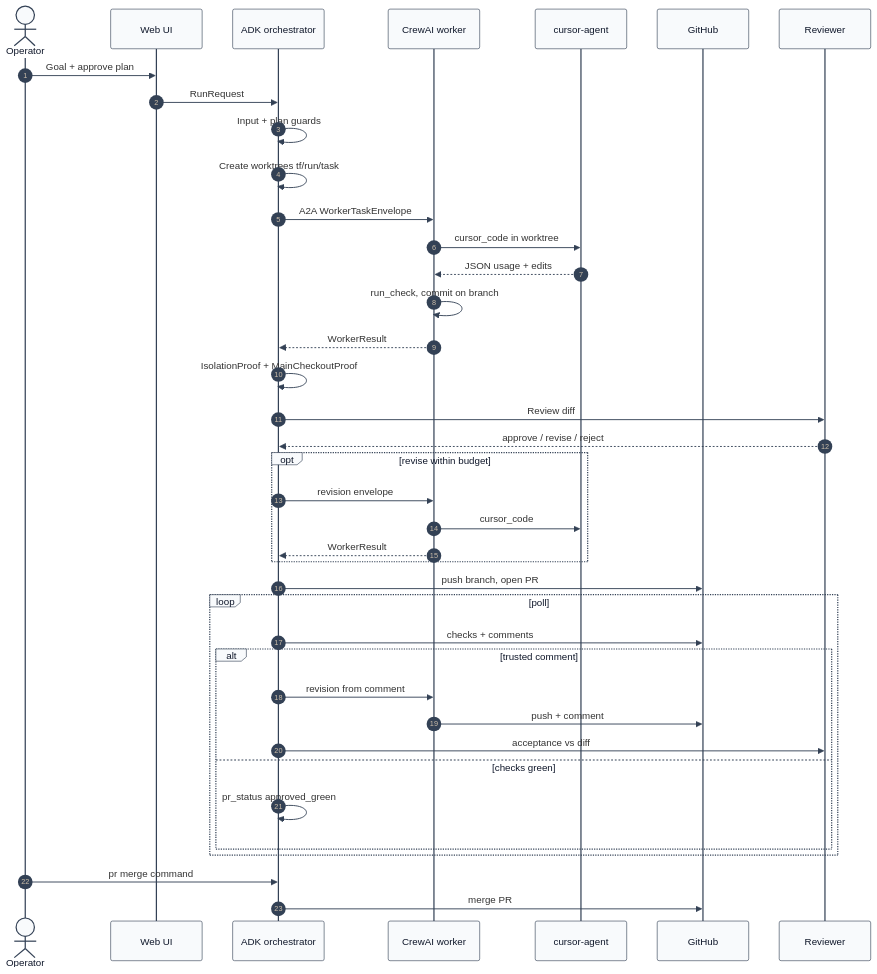
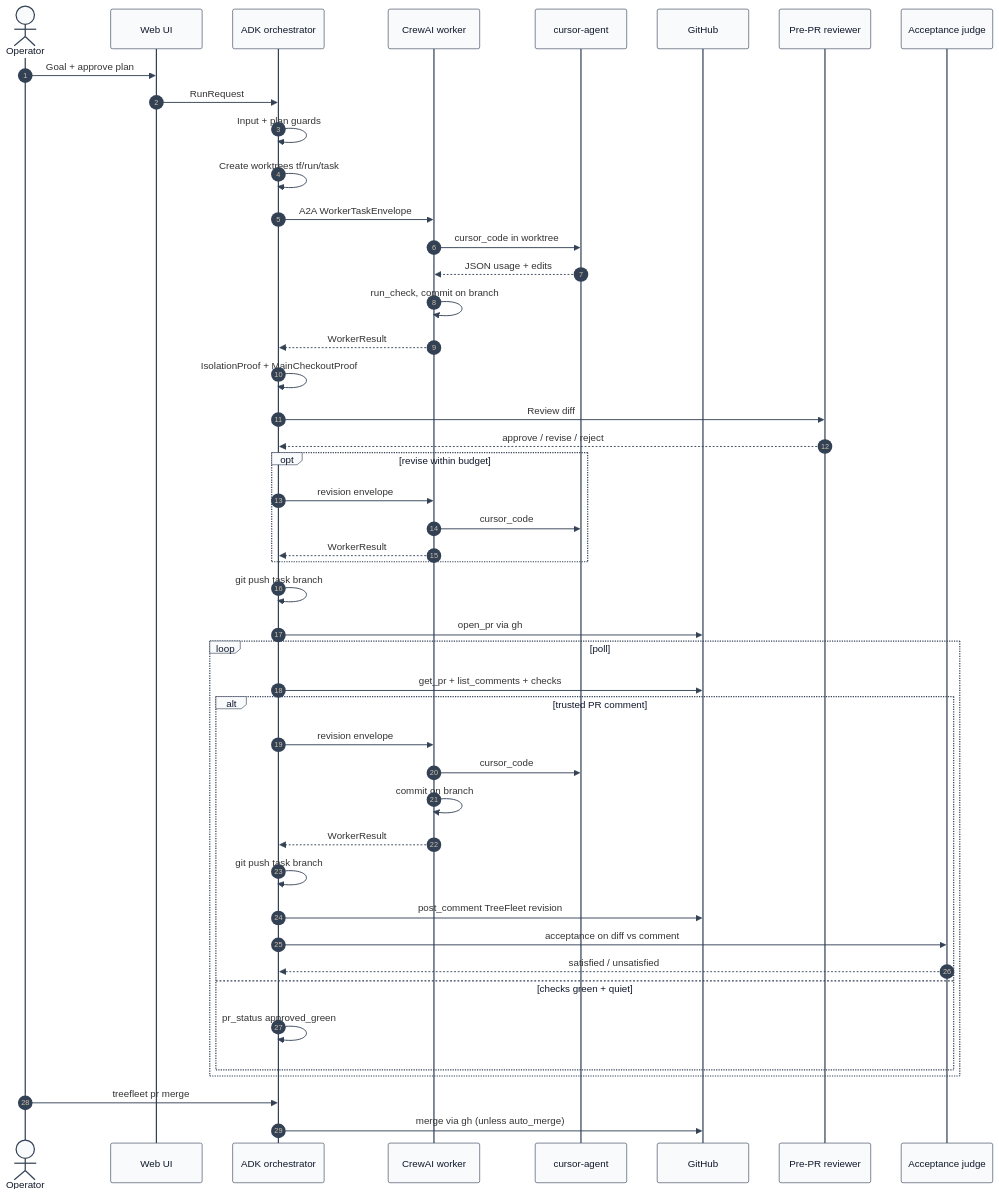
One commit to AmartyaKumar11/TreeFleet changed the diagram in docs/img/diagrams/sequence-run.mmd. Above: the diagram before and after it, drawn with Mermaid. The commit also changed 8 other files, not shown here.

```diff
--- a/docs/img/diagrams/sequence-run.mmd
+++ b/docs/img/diagrams/sequence-run.mmd
@@ -1,41 +1,48 @@
 %%{init: {'theme': 'base', 'themeVariables': {'background': '#ffffff', 'actorBkg': '#f8fafc', 'actorBorder': '#334155', 'actorTextColor': '#0f172a', 'signalColor': '#334155', 'lineColor': '#334155', 'labelBoxBkgColor': '#f8fafc', 'labelBoxBorderColor': '#334155', 'labelTextColor': '#0f172a', 'noteBkgColor': '#fef9c3', 'noteTextColor': '#0f172a', 'noteBorderColor': '#334155'}}}%%
 sequenceDiagram
   autonumber
   actor Op as Operator
   participant UI as Web UI
   participant Orch as ADK orchestrator
   participant W as CrewAI worker
   participant Cur as cursor-agent
   participant GH as GitHub
-  participant Rev as Reviewer
+  participant Rev as Pre-PR reviewer
+  participant Acc as Acceptance judge
 
   Op->>UI: Goal + approve plan
   UI->>Orch: RunRequest
   Orch->>Orch: Input + plan guards
   Orch->>Orch: Create worktrees tf/run/task
   Orch->>W: A2A WorkerTaskEnvelope
   W->>Cur: cursor_code in worktree
   Cur-->>W: JSON usage + edits
   W->>W: run_check, commit on branch
   W-->>Orch: WorkerResult
   Orch->>Orch: IsolationProof + MainCheckoutProof
   Orch->>Rev: Review diff
   Rev-->>Orch: approve / revise / reject
   opt revise within budget
     Orch->>W: revision envelope
     W->>Cur: cursor_code
     W-->>Orch: WorkerResult
   end
-  Orch->>GH: push branch, open PR
+  Orch->>Orch: git push task branch
+  Orch->>GH: open_pr via gh
   loop poll
-    Orch->>GH: checks + comments
-    alt trusted comment
-      Orch->>W: revision from comment
-      W->>GH: push + comment
-      Orch->>Rev: acceptance vs diff
-    else checks green
+    Orch->>GH: get_pr + list_comments + checks
+    alt trusted PR comment
+      Orch->>W: revision envelope
+      W->>Cur: cursor_code
+      W->>W: commit on branch
+      W-->>Orch: WorkerResult
+      Orch->>Orch: git push task branch
+      Orch->>GH: post_comment TreeFleet revision
+      Orch->>Acc: acceptance on diff vs comment
+      Acc-->>Orch: satisfied / unsatisfied
+    else checks green + quiet
       Orch->>Orch: pr_status approved_green
     end
   end
-  Op->>Orch: pr merge command
-  Orch->>GH: merge PR
+  Op->>Orch: treefleet pr merge
+  Orch->>GH: merge via gh (unless auto_merge)
```
